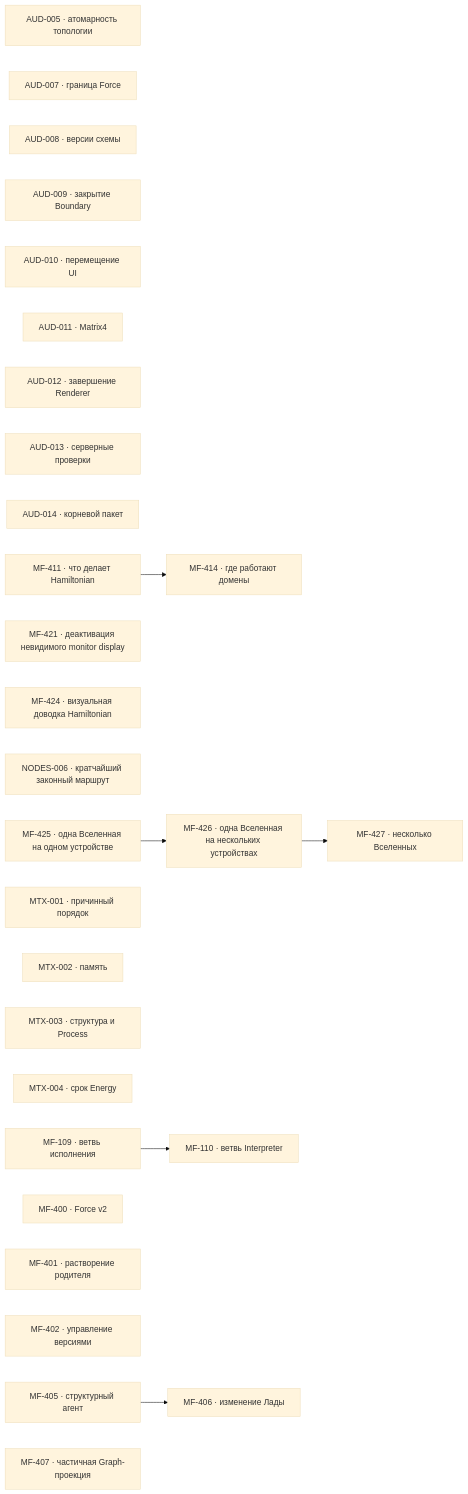
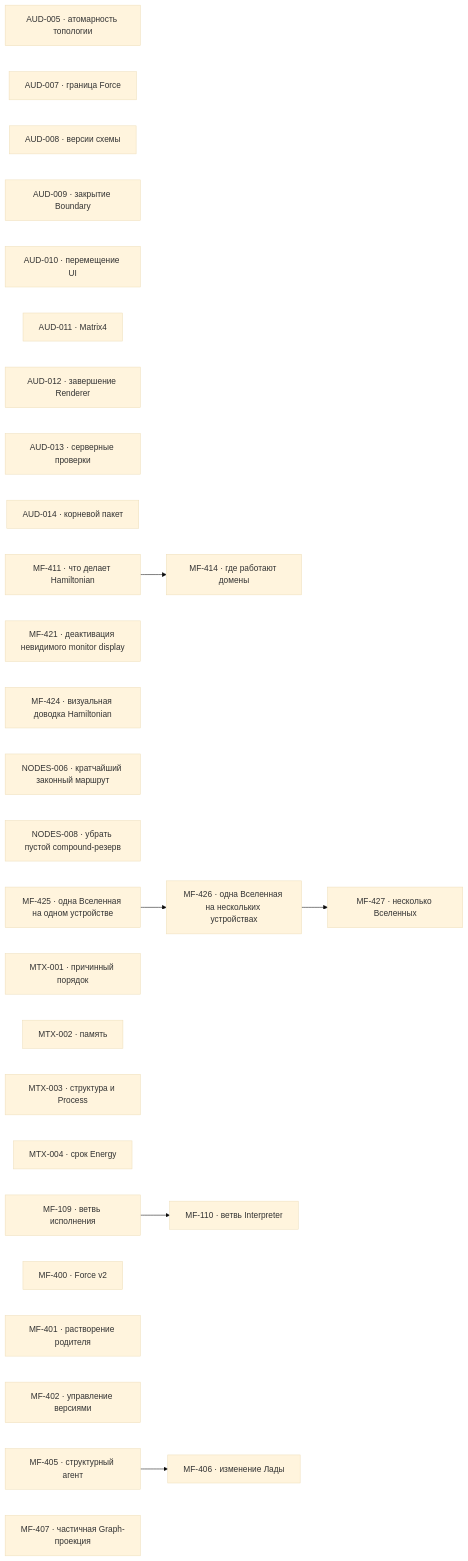
The diagram in project/TODO.md (zavx0z/metafor), drawn with Mermaid (base theme) before and after one commit. The commit also changed other lines of this file and 13 other files, not shown here.

Commit message:
fix(nodes): compact empty portrait compound reserve

````diff
--- a/project/TODO.md
+++ b/project/TODO.md
@@ -13,37 +13,38 @@
 ```mermaid
 flowchart LR
     AUD005["AUD-005 · атомарность топологии"]
     AUD007["AUD-007 · граница Force"]
     AUD008["AUD-008 · версии схемы"]
     AUD009["AUD-009 · закрытие Boundary"]
     AUD010["AUD-010 · перемещение UI"]
     AUD011["AUD-011 · Matrix4"]
     AUD012["AUD-012 · завершение Renderer"]
     AUD013["AUD-013 · серверные проверки"]
     AUD014["AUD-014 · корневой пакет"]
     MF411["MF-411 · что делает Hamiltonian"]
     MF414["MF-414 · где работают домены"]
     MF421["MF-421 · деактивация невидимого monitor display"]
     MF424["MF-424 · визуальная доводка Hamiltonian"]
     NODES006["NODES-006 · кратчайший законный маршрут"]
+    NODES008["NODES-008 · убрать пустой compound-резерв"]
     MF425["MF-425 · одна Вселенная на одном устройстве"]
     MF426["MF-426 · одна Вселенная на нескольких устройствах"]
     MF427["MF-427 · несколько Вселенных"]
     MTX001["MTX-001 · причинный порядок"]
     MTX002["MTX-002 · память"]
     MTX003["MTX-003 · структура и Process"]
     MTX004["MTX-004 · срок Energy"]
     MF109["MF-109 · ветвь исполнения"]
     MF110["MF-110 · ветвь Interpreter"]
     MF400["MF-400 · Force v2"]
     MF401["MF-401 · растворение родителя"]
     MF402["MF-402 · управление версиями"]
     MF405["MF-405 · структурный агент"]
     MF406["MF-406 · изменение Лады"]
     MF407["MF-407 · частичная Graph-проекция"]
     MF109 --> MF110
     MF405 --> MF406
     MF411 --> MF414
     MF425 --> MF426
     MF426 --> MF427
 ```
````
